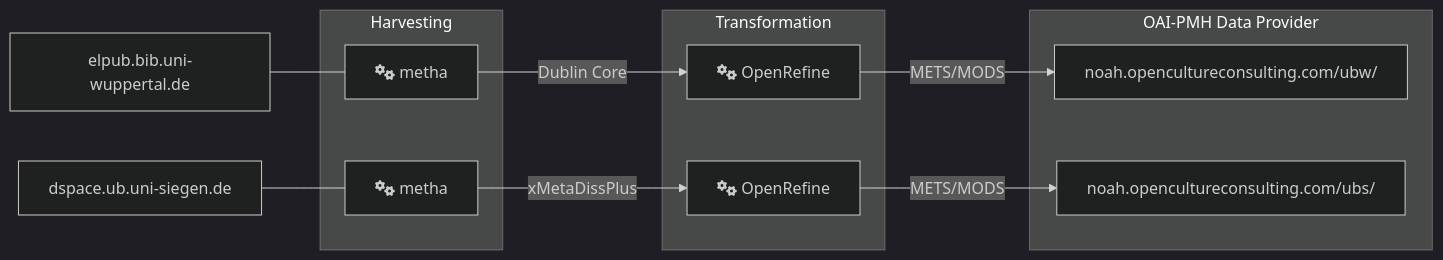
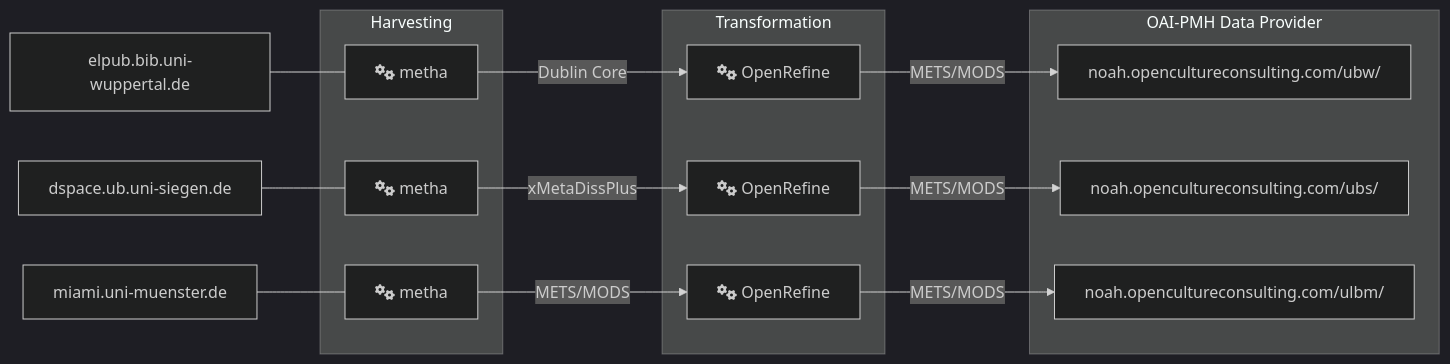
Before and after one commit to opencultureconsulting/noah: the diagram in flowchart.mmd, drawn with Mermaid (dark theme). The commit also changed 14 other files, not shown here.

```diff
--- a/flowchart.mmd
+++ b/flowchart.mmd
@@ -1,19 +1,25 @@
 graph LR
 wuppertal[elpub.bib.uni-wuppertal.de] --- metha_wuppertal
 click wuppertal "http://elpub.bib.uni-wuppertal.de/servlets/OAIDataProvider?verb=ListRecords&metadataPrefix=oai_dc" _blank
 siegen[dspace.ub.uni-siegen.de] --- metha_siegen
 click siegen "https://dspace.ub.uni-siegen.de/oai/request?verb=ListRecords&metadataPrefix=xMetaDissPlus" _blank
+muenster[miami.uni-muenster.de] --- metha_muenster
+click muenster "https://repositorium.uni-muenster.de/oai/miami?verb=ListRecords&metadataPrefix=mets" _blank
 subgraph Harvesting
 metha_wuppertal["fa:fa-cogs metha"]
 metha_siegen["fa:fa-cogs metha"]
+metha_muenster["fa:fa-cogs metha"]
 end
 subgraph Transformation
 metha_wuppertal  -->|Dublin Core| refine_wuppertal[fa:fa-cogs OpenRefine]
 metha_siegen -->|xMetaDissPlus| refine_siegen[fa:fa-cogs OpenRefine]
+metha_muenster  -->|METS/MODS| refine_muenster[fa:fa-cogs OpenRefine]
 end
 subgraph OAI-PMH Data Provider
 refine_wuppertal -->|METS/MODS| oai_wuppertal["noah.opencultureconsulting.com/ubw/"]
 click oai_wuppertal "https://noah.opencultureconsulting.com/ubw/?verb=ListRecords&metadataPrefix=mets" _blank
 refine_siegen -->|METS/MODS| oai_siegen["noah.opencultureconsulting.com/ubs/"]
 click oai_siegen "https://noah.opencultureconsulting.com/ubs/?verb=ListRecords&metadataPrefix=mets" _blank
+refine_muenster -->|METS/MODS| oai_muenster["noah.opencultureconsulting.com/ulbm/"]
+click oai_muenster "https://noah.opencultureconsulting.com/ubm/?verb=ListRecords&metadataPrefix=mets" _blank
 end
```
